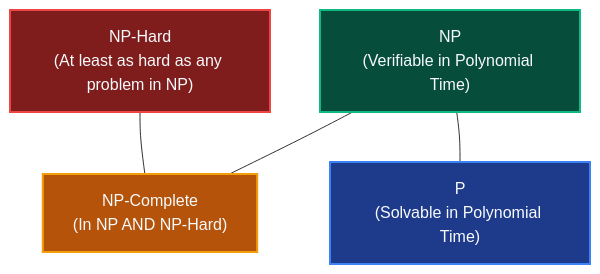
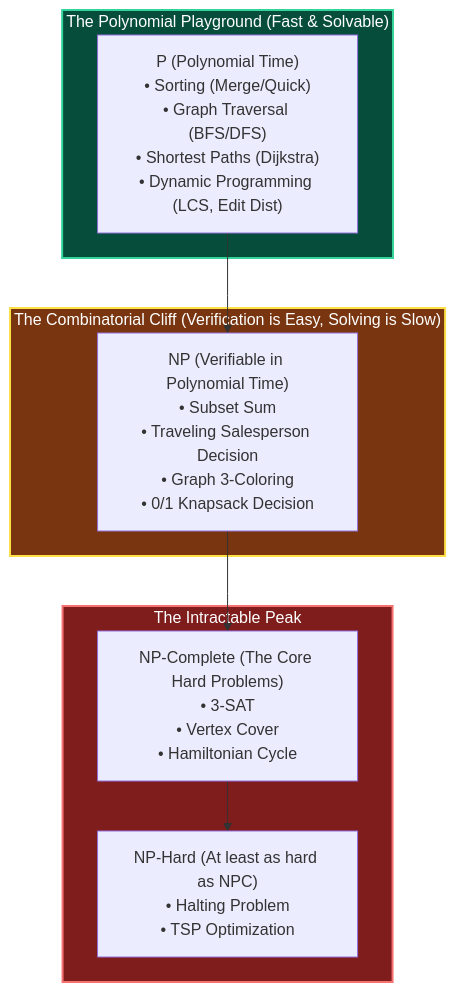
One commit to vadde/DSA changed the diagram in 00 - Fundamentals/000 - Theoretical Foundations (The Complete Guide)/01_complexity_classes_zoo.md. Above: the diagram before and after it, drawn with Mermaid. The commit also changed other lines of this file and 14 other files, not shown here.

````diff
--- a/00 - Fundamentals/000 - Theoretical Foundations (The Complete Guide)/01_complexity_classes_zoo.md
+++ b/00 - Fundamentals/000 - Theoretical Foundations (The Complete Guide)/01_complexity_classes_zoo.md
@@ -149,16 +27,23 @@
 ```mermaid
 flowchart TD
-    NPH["NP-Hard\n(At least as hard as any problem in NP)"]
-    NPC["NP-Complete\n(In NP AND NP-Hard)"]
-    NP["NP\n(Verifiable in Polynomial Time)"]
-    P["P\n(Solvable in Polynomial Time)"]
+    subgraph Easy["The Polynomial Playground (Fast & Solvable)"]
+        P["P (Polynomial Time)\n• Sorting (Merge/Quick)\n• Graph Traversal (BFS/DFS)\n• Shortest Paths (Dijkstra)\n• Dynamic Programming (LCS, Edit Dist)"]
+    end
 
-    NPH --- NPC
-    NP --- NPC
-    NP --- P
+    subgraph Hard["The Combinatorial Cliff (Verification is Easy, Solving is Slow)"]
+        NP["NP (Verifiable in Polynomial Time)\n• Subset Sum\n• Traveling Salesperson Decision\n• Graph 3-Coloring\n• 0/1 Knapsack Decision"]
+    end
 
-    style NPH fill:#7f1d1d,color:#f8fafc,stroke:#ef4444,stroke-width:2px
-    style NPC fill:#b45309,color:#f8fafc,stroke:#f59e0b,stroke-width:2px
-    style NP fill:#064e3b,color:#f8fafc,stroke:#10b981,stroke-width:2px
-    style P fill:#1e3a8a,color:#f8fafc,stroke:#3b82f6,stroke-width:2px
+    subgraph Hardest["The Intractable Peak"]
+        NPC["NP-Complete (The Core Hard Problems)\n• 3-SAT\n• Vertex Cover\n• Hamiltonian Cycle"]
+        NPH["NP-Hard (At least as hard as NPC)\n• Halting Problem\n• TSP Optimization"]
+    end
+
+    P --> NP
+    NP --> NPC
+    NPC --> NPH
+
+    style Easy fill:#064e3b,stroke:#34d399,stroke-width:2px,color:#fff
+    style Hard fill:#78350f,stroke:#fde047,stroke-width:2px,color:#fff
+    style Hardest fill:#7f1d1d,stroke:#f87171,stroke-width:2px,color:#fff
 ```
````
